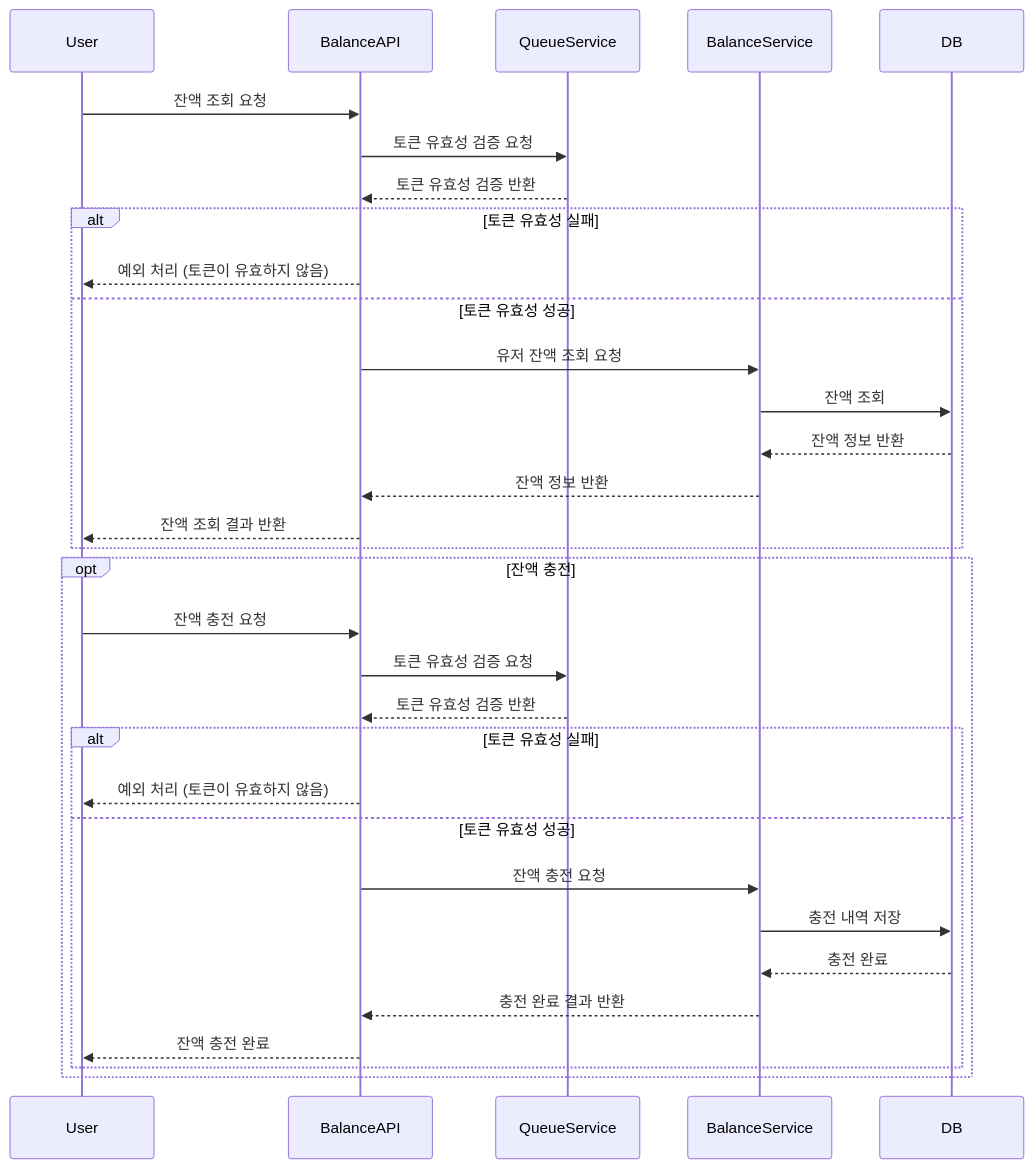
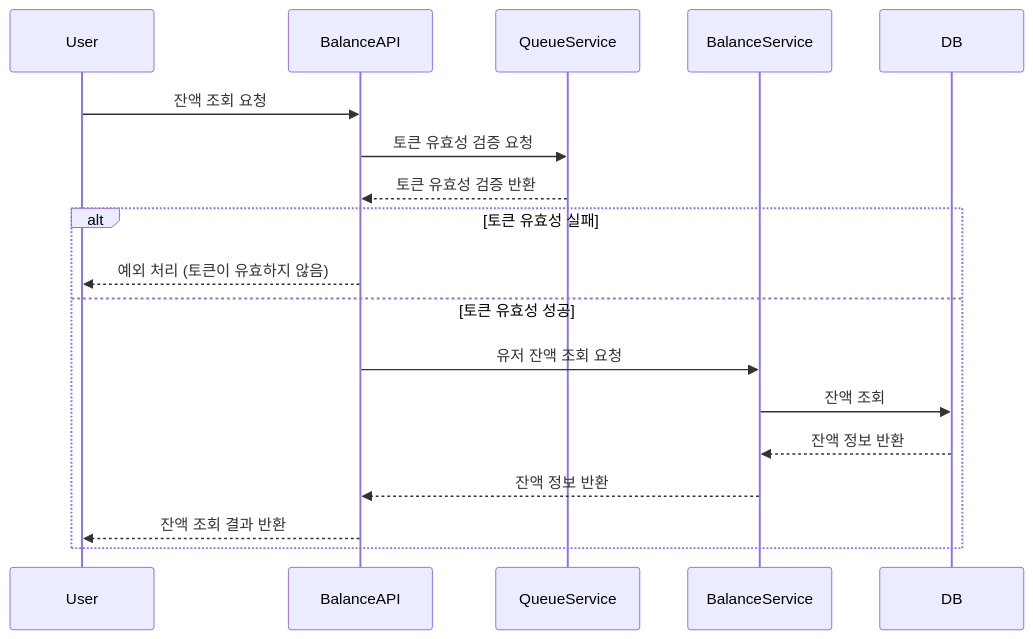
Before and after one commit to JEONGBEOMKO/hhplus-concert: the sixth of 7 diagrams in hhplus-concert/src/docs/sequence_diagram.md, drawn with Mermaid. The commit also changed other lines of this file, not shown here.

First line of the commit message:
Ref: 시퀀스 다이어그램 수정

````diff
--- a/hhplus-concert/src/docs/sequence_diagram.md
+++ b/hhplus-concert/src/docs/sequence_diagram.md
@@ -104,38 +128,22 @@
 ```mermaid
 sequenceDiagram
     participant User
     participant BalanceAPI
     participant QueueService
     participant BalanceService
     participant DB
 
     User->>BalanceAPI: 잔액 조회 요청
     BalanceAPI->>QueueService: 토큰 유효성 검증 요청
     QueueService-->>BalanceAPI: 토큰 유효성 검증 반환
 
     alt 토큰 유효성 실패
         BalanceAPI-->>User: 예외 처리 (토큰이 유효하지 않음)
     else 토큰 유효성 성공
         BalanceAPI->>BalanceService: 유저 잔액 조회 요청
         BalanceService->>DB: 잔액 조회
         DB-->>BalanceService: 잔액 정보 반환
         BalanceService-->>BalanceAPI: 잔액 정보 반환
         BalanceAPI-->>User: 잔액 조회 결과 반환
     end
-
-    opt 잔액 충전
-        User->>BalanceAPI: 잔액 충전 요청
-        BalanceAPI->>QueueService: 토큰 유효성 검증 요청
-        QueueService-->>BalanceAPI: 토큰 유효성 검증 반환
-
-        alt 토큰 유효성 실패
-            BalanceAPI-->>User: 예외 처리 (토큰이 유효하지 않음)
-        else 토큰 유효성 성공
-            BalanceAPI->>BalanceService: 잔액 충전 요청
-            BalanceService->>DB: 충전 내역 저장
-            DB-->>BalanceService: 충전 완료
-            BalanceService-->>BalanceAPI: 충전 완료 결과 반환
-            BalanceAPI-->>User: 잔액 충전 완료
-        end
-    end
 ```
````
